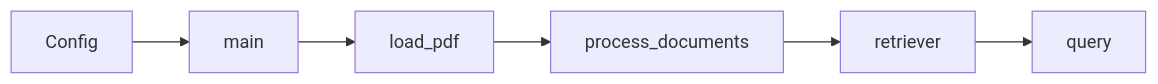
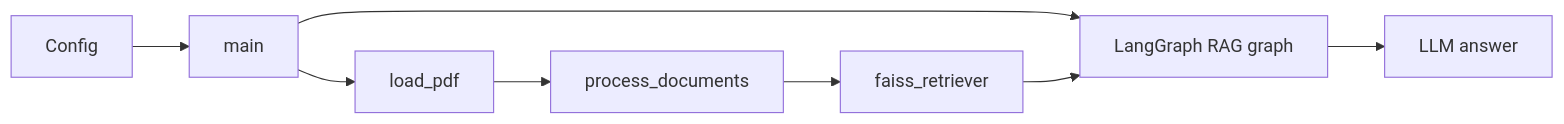
The diagram in docs/ARCHITECTURE.md (druv022/ETB-Project), drawn with Mermaid before and after one commit. The commit also changed other lines of this file and 6 other files, not shown here.

First line of the commit message:
Implement LangGraph-based RAG pipeline and update documentation

````diff
--- a/docs/ARCHITECTURE.md
+++ b/docs/ARCHITECTURE.md
@@ -69,8 +69,10 @@
 ```mermaid
 flowchart LR
   Config[Config] --> Main[main]
   Main --> LoadPDF[load_pdf]
-  LoadPDF --> Process[process_documents]
-  Process --> Retriever[retriever]
-  Retriever --> Query[query]
+  LoadPDF --> ProcessDocs[process_documents]
+  ProcessDocs --> Retriever[faiss_retriever]
+  Main --> LangGraphRAG["LangGraph RAG graph"]
+  Retriever --> LangGraphRAG
+  LangGraphRAG --> LLMAnswer["LLM answer"]
 ```
````
